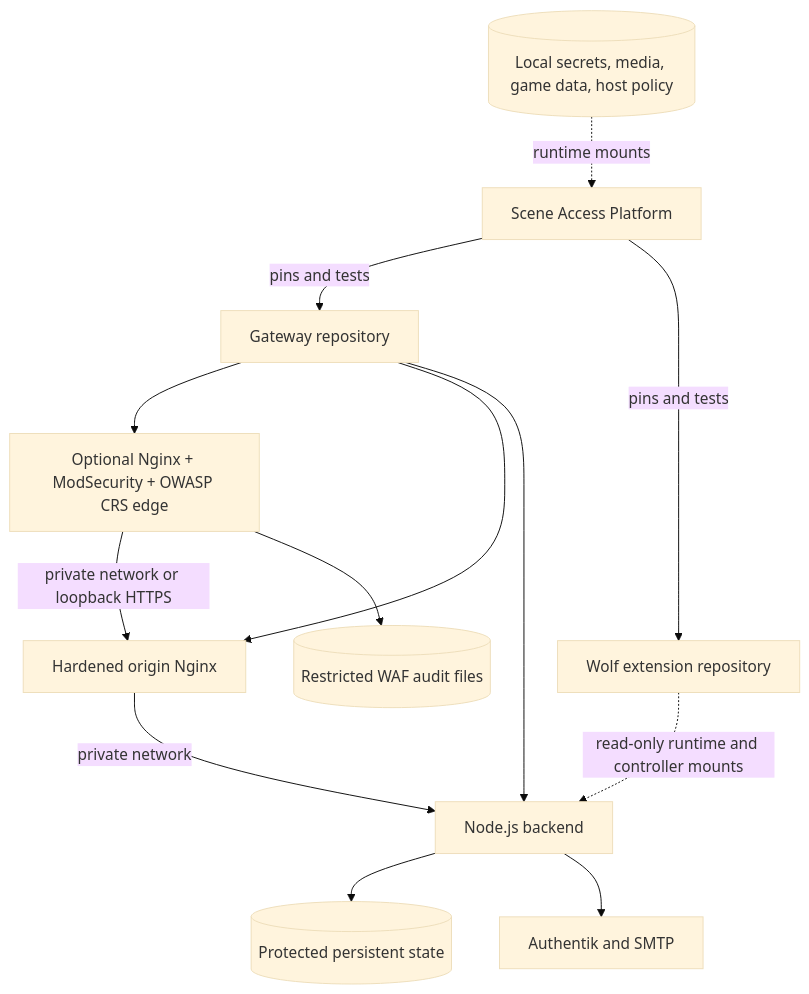
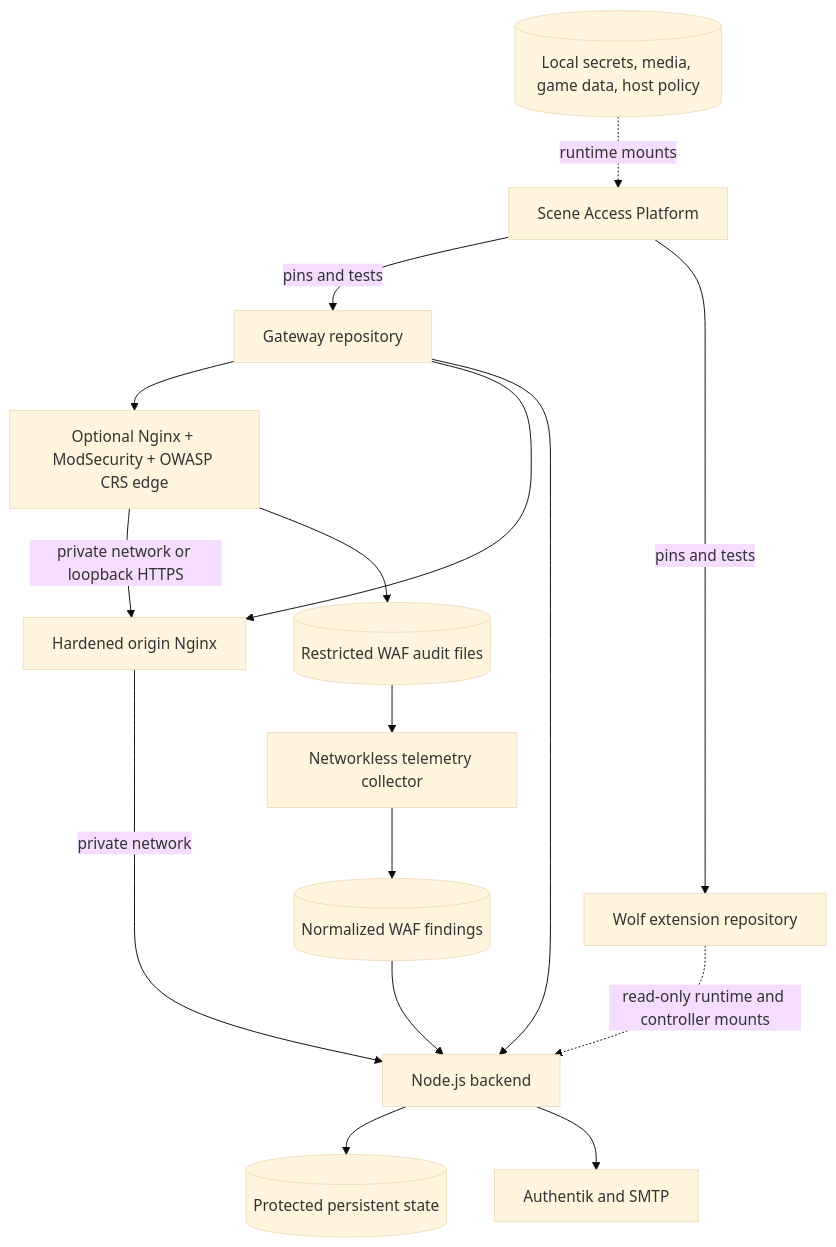
Before and after one commit to zipkindev/scene-access-gateway: the diagram in docs/architecture/README.md, drawn with Mermaid (base theme). The commit also changed other lines of this file and 20 other files, not shown here.

Commit message:
Integrate WAF telemetry and incident alerts

````diff
--- a/docs/architecture/README.md
+++ b/docs/architecture/README.md
@@ -22,15 +22,18 @@
 ```mermaid
 flowchart TB
     Platform[Scene Access Platform] -->|pins and tests| GatewayRepo[Gateway repository]
     Platform -->|pins and tests| WolfRepo[Wolf extension repository]
     GatewayRepo --> WAF[Optional Nginx + ModSecurity + OWASP CRS edge]
     GatewayRepo --> Frontend[Hardened origin Nginx]
     GatewayRepo --> Backend[Node.js backend]
     WolfRepo -. read-only runtime and controller mounts .-> Backend
     WAF -->|private network or loopback HTTPS| Frontend
     WAF --> WafAudit[(Restricted WAF audit files)]
+    WafAudit --> Collector[Networkless telemetry collector]
+    Collector --> WafFeed[(Normalized WAF findings)]
+    WafFeed --> Backend
     Frontend -->|private network| Backend
     Backend --> State[(Protected persistent state)]
     Backend --> Identity[Authentik and SMTP]
     Local[(Local secrets, media, game data, host policy)] -. runtime mounts .-> Platform
 ```
````
